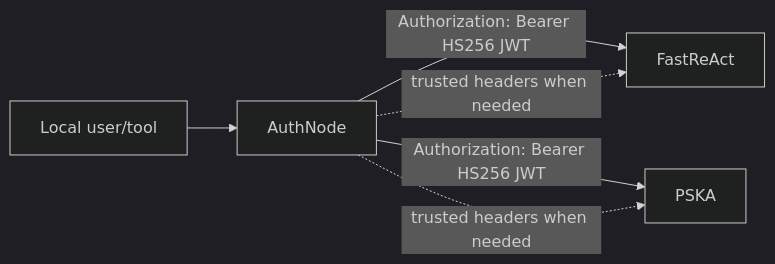
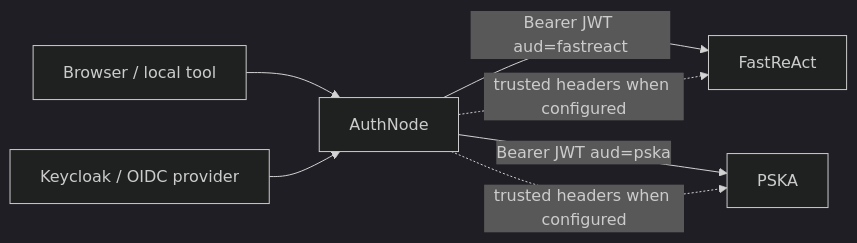
One commit to atom32/AuthNode changed the diagram in README.md. Above: the diagram before and after it, drawn with Mermaid (dark theme). The commit also changed other lines of this file and 1 other file, not shown here.

````diff
--- a/README.md
+++ b/README.md
@@ -22,8 +28,9 @@
 ```mermaid
 flowchart LR
-  User["Local user/tool"] --> AuthNode["AuthNode"]
-  AuthNode -->|Authorization: Bearer HS256 JWT| FastReAct["FastReAct"]
-  AuthNode -->|Authorization: Bearer HS256 JWT| PSKA["PSKA"]
-  AuthNode -.->|trusted headers when needed| FastReAct
-  AuthNode -.->|trusted headers when needed| PSKA
+  Browser["Browser / local tool"] --> AuthNode["AuthNode"]
+  SSO["Keycloak / OIDC provider"] --> AuthNode
+  AuthNode -->|Bearer JWT aud=fastreact| FastReAct["FastReAct"]
+  AuthNode -->|Bearer JWT aud=pska| PSKA["PSKA"]
+  AuthNode -.->|trusted headers when configured| FastReAct
+  AuthNode -.->|trusted headers when configured| PSKA
 ```
````
